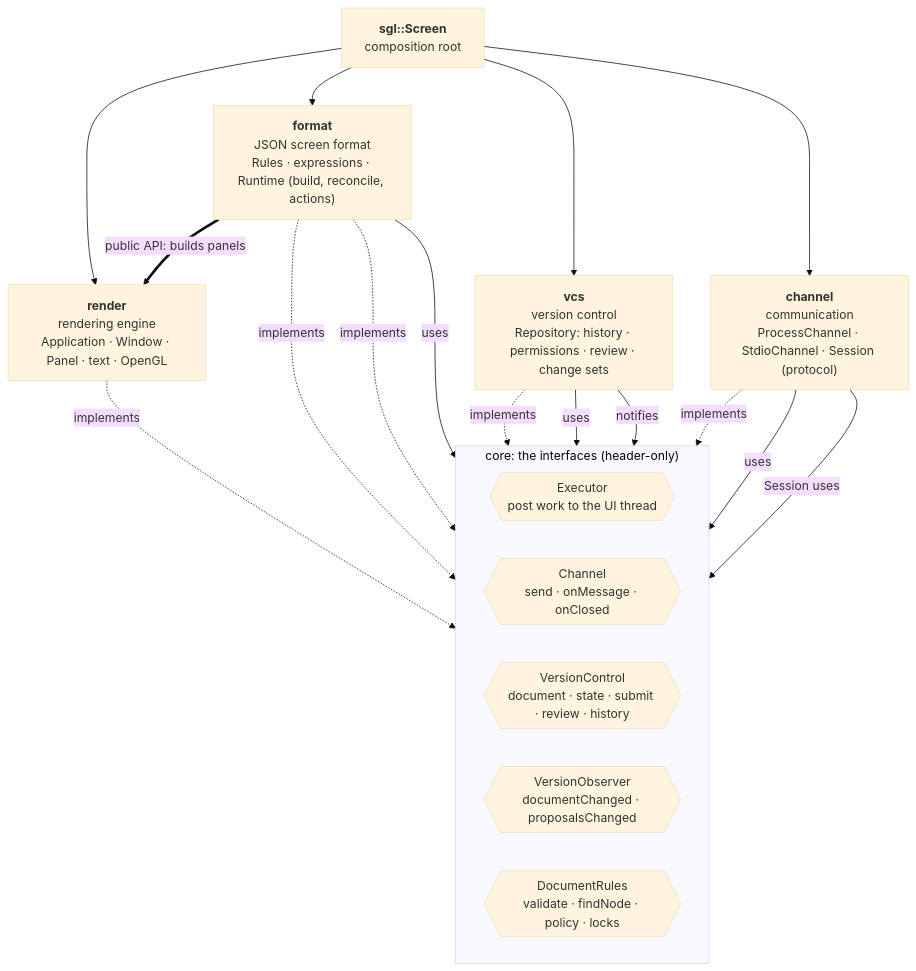
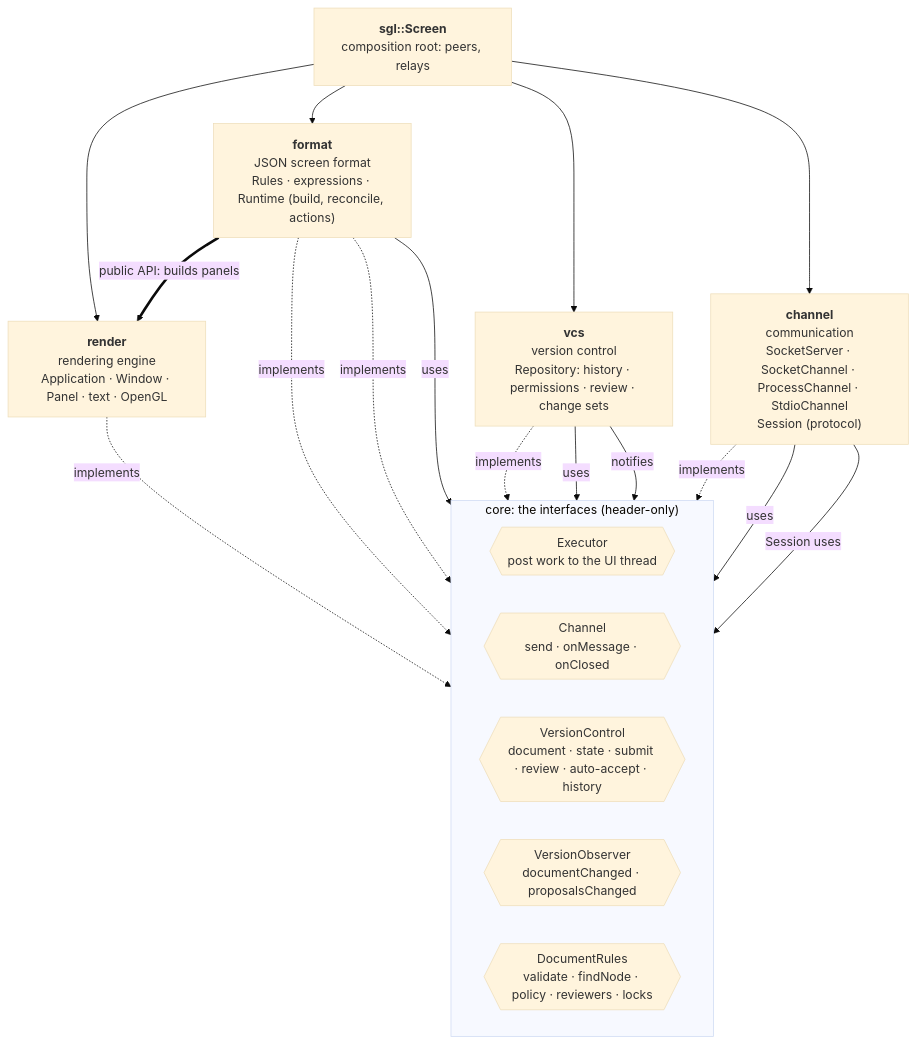
Before and after one commit to RiccardoSottini/AffrescoUI: the second of 4 diagrams in README.md, drawn with Mermaid (base theme). The commit also changed other lines of this file and 16 other files, not shown here.

````diff
--- a/README.md
+++ b/README.md
@@ -18,32 +86,32 @@
 ```mermaid
 flowchart TB
     subgraph core["core: the interfaces (header-only)"]
         direction LR
         IExec{{"Executor<br/>post work to the UI thread"}}
         IChan{{"Channel<br/>send · onMessage · onClosed"}}
-        IVcs{{"VersionControl<br/>document · state · submit · review · history"}}
+        IVcs{{"VersionControl<br/>document · state · submit · review · auto-accept · history"}}
         IObs{{"VersionObserver<br/>documentChanged · proposalsChanged"}}
-        IRules{{"DocumentRules<br/>validate · findNode · policy · locks"}}
+        IRules{{"DocumentRules<br/>validate · findNode · policy · reviewers · locks"}}
     end
 
     render["<b>render</b><br/>rendering engine<br/>Application · Window · Panel · text · OpenGL"]
     format["<b>format</b><br/>JSON screen format<br/>Rules · expressions · Runtime (build, reconcile, actions)"]
     vcs["<b>vcs</b><br/>version control<br/>Repository: history · permissions · review · change sets"]
-    channel["<b>channel</b><br/>communication<br/>ProcessChannel · StdioChannel · Session (protocol)"]
-    screen["<b>sgl::Screen</b><br/>composition root"]
+    channel["<b>channel</b><br/>communication<br/>SocketServer · SocketChannel · ProcessChannel · StdioChannel<br/>Session (protocol)"]
+    screen["<b>sgl::Screen</b><br/>composition root: peers, relays"]
 
     render -.->|implements| IExec
     channel -.->|implements| IChan
     vcs -.->|implements| IVcs
     format -.->|implements| IRules
     format -.->|implements| IObs
 
     channel -->|uses| IExec
     channel -->|Session uses| IVcs
     vcs -->|uses| IRules
     vcs -->|notifies| IObs
     format -->|uses| IVcs
     format ==>|public API: builds panels| render
 
     screen --> render & format & vcs & channel
 ```
````
